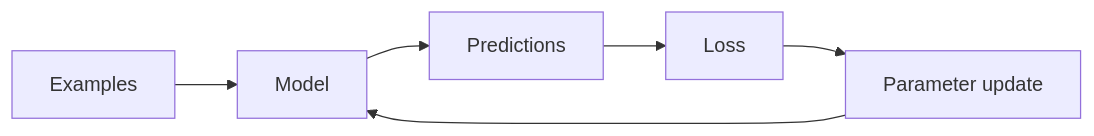
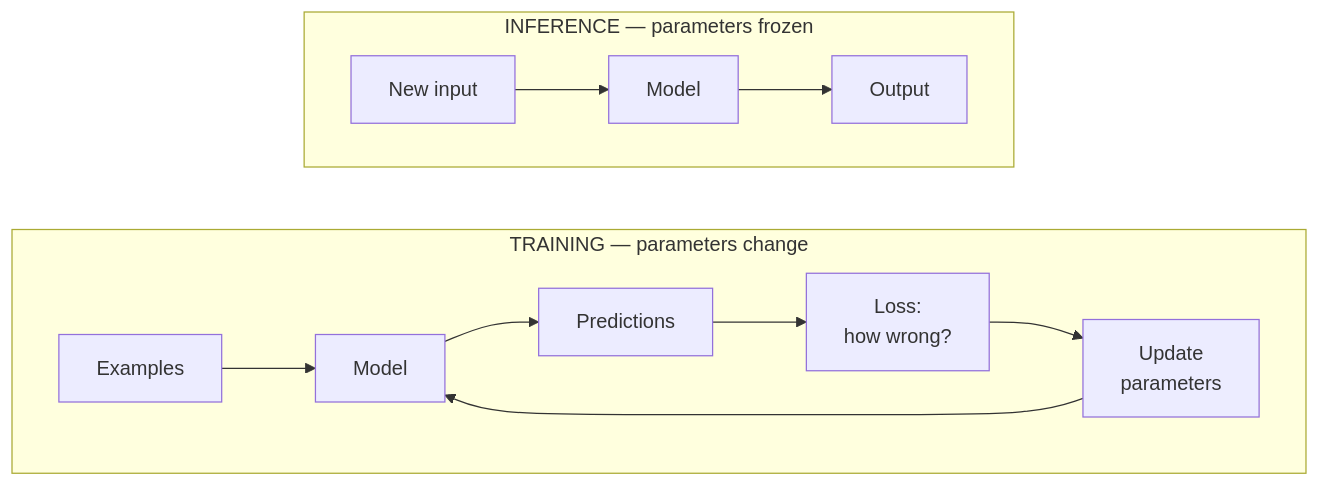
One commit to mrdavidlong/ml-training-inference-labs changed the diagram in docs/08-training-overview.md. Above: the diagram before and after it, drawn with Mermaid. The commit also changed other lines of this file and 13 other files, not shown here.

````diff
--- a/docs/08-training-overview.md
+++ b/docs/08-training-overview.md
@@ -8,8 +11,16 @@
 ```mermaid
 flowchart LR
-    A["Examples"] --> B["Model"]
-    B --> C["Predictions"]
-    C --> D["Loss"]
-    D --> E["Parameter update"]
-    E --> B
+    subgraph T["TRAINING — parameters change"]
+        direction LR
+        A["Examples"] --> B["Model"]
+        B --> C["Predictions"]
+        C --> D["Loss:<br/>how wrong?"]
+        D --> E["Update<br/>parameters"]
+        E --> B
+    end
+    subgraph I["INFERENCE — parameters frozen"]
+        direction LR
+        F["New input"] --> G["Model"]
+        G --> H["Output"]
+    end
 ```
````
